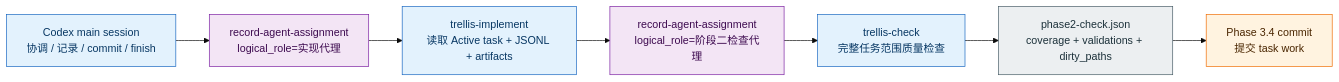
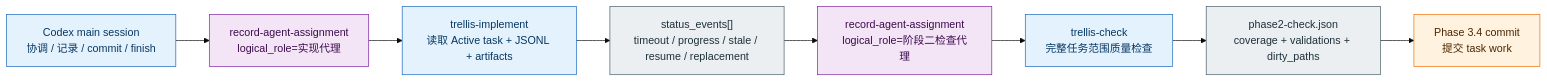
One commit to castbox/guru-trellis changed the fourth of 6 diagrams in docs/requirements/guru-team-trellis-flow.md. Above: the diagram before and after it, drawn with Mermaid (base theme). The commit also changed other lines of this file and 49 other files, not shown here.

````diff
--- a/docs/requirements/guru-team-trellis-flow.md
+++ b/docs/requirements/guru-team-trellis-flow.md
@@ -186,17 +186,18 @@
 ```mermaid
 flowchart LR
   Main["Codex main session<br/>协调 / 记录 / commit / finish"]:::codex
   Assign1["record-agent-assignment<br/>logical_role=实现代理"]:::script
   Impl["trellis-implement<br/>读取 Active task + JSONL + artifacts"]:::codex
+  Status["status_events[]<br/>timeout / progress / stale / resume / replacement"]:::artifact
   Assign2["record-agent-assignment<br/>logical_role=阶段二检查代理"]:::script
   Check["trellis-check<br/>完整任务范围质量检查"]:::codex
   Phase2["phase2-check.json<br/>coverage + validations + dirty_paths"]:::artifact
   Commit["Phase 3.4 commit<br/>提交 task work"]:::guru
 
-  Main --> Assign1 --> Impl --> Assign2 --> Check --> Phase2 --> Commit
+  Main --> Assign1 --> Impl --> Status --> Assign2 --> Check --> Phase2 --> Commit
 
   classDef guru fill:#FFF3E0,stroke:#EF6C00,color:#4A2600;
   classDef codex fill:#E3F2FD,stroke:#1565C0,color:#073763;
   classDef script fill:#F3E5F5,stroke:#7B1FA2,color:#3D0A4F;
   classDef artifact fill:#ECEFF1,stroke:#455A64,color:#1C313A;
 ```
````
